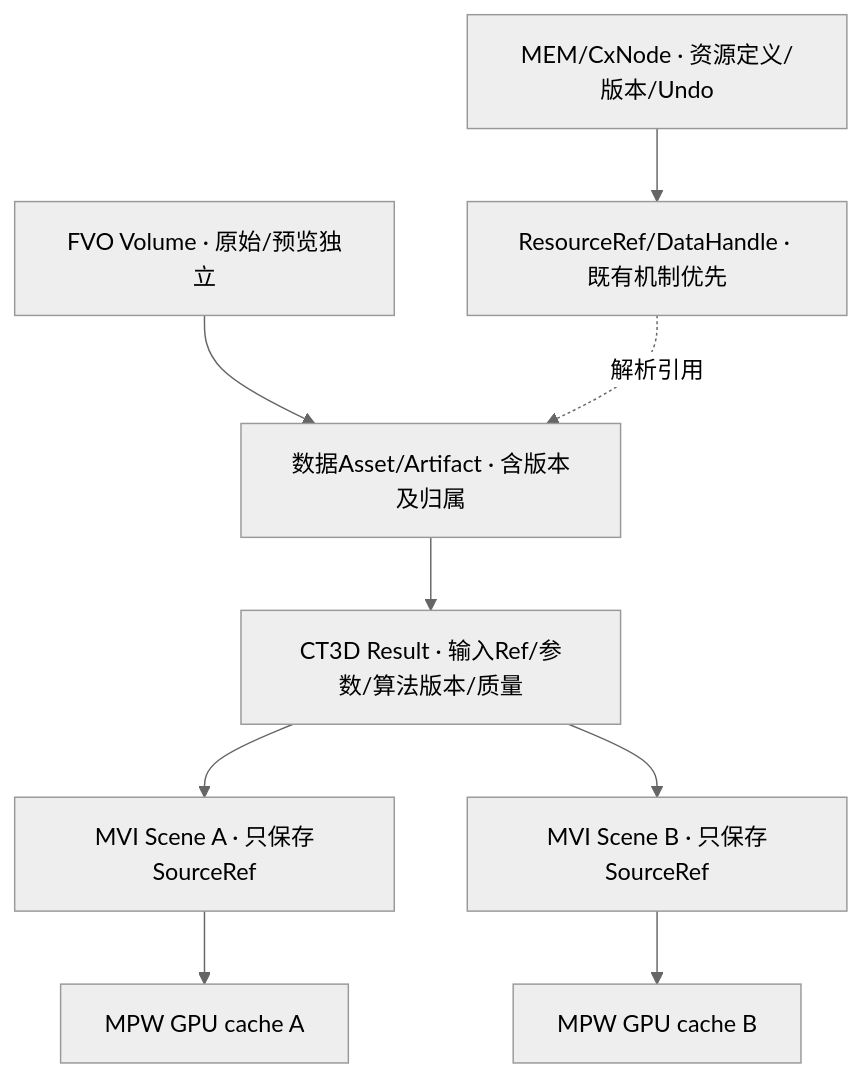
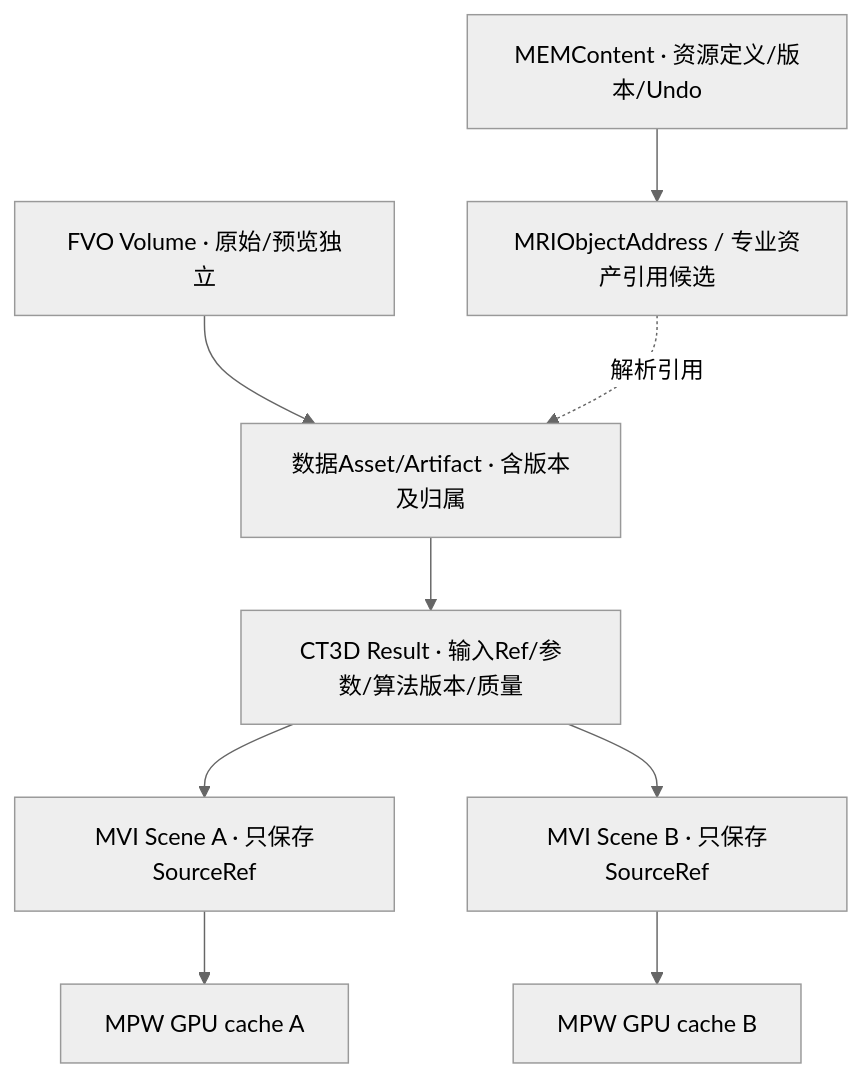
One commit to oudream/cx-visual-x3 changed the seventh of 25 diagrams in DOCS/Architecture/CxVisual_专业视觉体系#通用三维视觉工作台——整体架构与UML_V2.0.md. Above: the diagram before and after it, drawn with Mermaid (neutral theme). The commit also changed other lines of this file and 1 other file, not shown here.

````diff
--- a/DOCS/Architecture/CxVisual_专业视觉体系#通用三维视觉工作台——整体架构与UML_V2.0.md
+++ b/DOCS/Architecture/CxVisual_专业视觉体系#通用三维视觉工作台——整体架构与UML_V2.0.md
@@ -324,11 +359,11 @@
 ```mermaid
 flowchart TB
-  MEM["MEM/CxNode · 资源定义/版本/Undo"] --> REF["ResourceRef/DataHandle · 既有机制优先"]
+  MEM["MEMContent · 资源定义/版本/Undo"] --> REF["MRIObjectAddress / 专业资产引用候选"]
   RAW["FVO Volume · 原始/预览独立"] --> ART["数据Asset/Artifact · 含版本及归属"]
   REF -."解析引用".-> ART
   ART --> RES["CT3D Result · 输入Ref/参数/算法版本/质量"]
   RES --> VIEW1["MVI Scene A · 只保存SourceRef"]
   RES --> VIEW2["MVI Scene B · 只保存SourceRef"]
   VIEW1 --> CACHE1["MPW GPU cache A"]
   VIEW2 --> CACHE2["MPW GPU cache B"]
 ```
````
